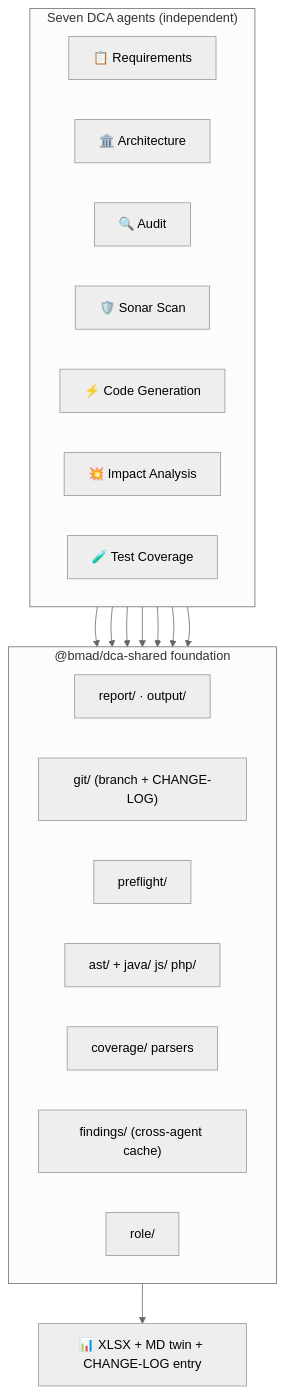
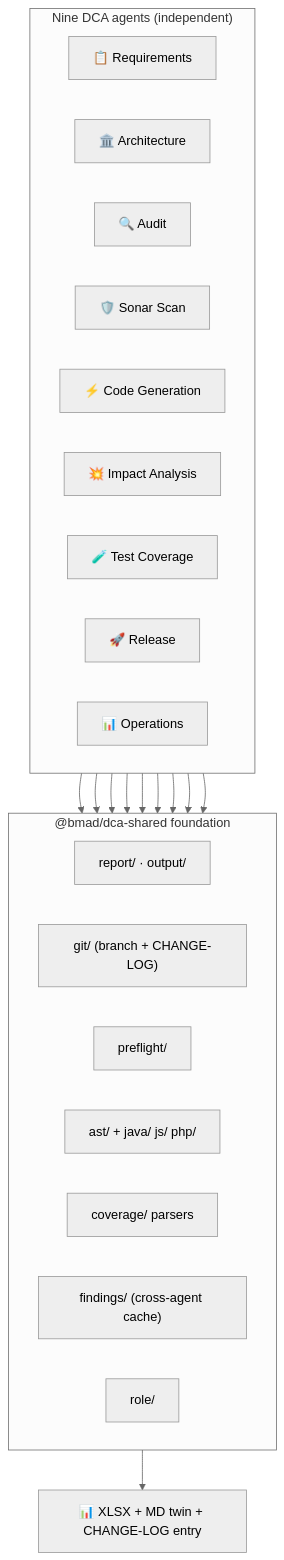
Before and after one commit to mayur434/bmad-dept-coding-agents: the diagram in website/docs/concepts/the-agents.md, drawn with Mermaid (neutral theme). The commit also changed other lines of this file and 178 other files, not shown here.

First line of the commit message:
Phase 3: Release (🚀) + Operations (📊) agents — SDLC phases 5-6 covered

````diff
--- a/website/docs/concepts/the-agents.md
+++ b/website/docs/concepts/the-agents.md
@@ -40,34 +44,38 @@
 ```mermaid
 flowchart TD
-    subgraph Agents ["Seven DCA agents (independent)"]
+    subgraph Agents ["Nine DCA agents (independent)"]
         direction LR
         Req["📋 Requirements"]
         Arch["🏛️ Architecture"]
         Audit["🔍 Audit"]
         Sonar["🛡️ Sonar Scan"]
         Gen["⚡ Code Generation"]
         Impact["💥 Impact Analysis"]
         Cov["🧪 Test Coverage"]
+        Release["🚀 Release"]
+        Ops["📊 Operations"]
     end
 
     subgraph Shared ["@bmad/dca-shared foundation"]
         direction LR
         Report["report/ · output/"]
         Git["git/ (branch + CHANGE-LOG)"]
         Preflight["preflight/"]
         AST["ast/ + java/ js/ php/"]
         Coverage["coverage/ parsers"]
         Cache["findings/ (cross-agent cache)"]
         Role["role/"]
     end
 
     Req --> Shared
     Arch --> Shared
     Audit --> Shared
     Sonar --> Shared
     Gen --> Shared
     Impact --> Shared
     Cov --> Shared
+    Release --> Shared
+    Ops --> Shared
 
     Shared --> Outputs["📊 XLSX + MD twin + CHANGE-LOG entry"]
 ```
````
